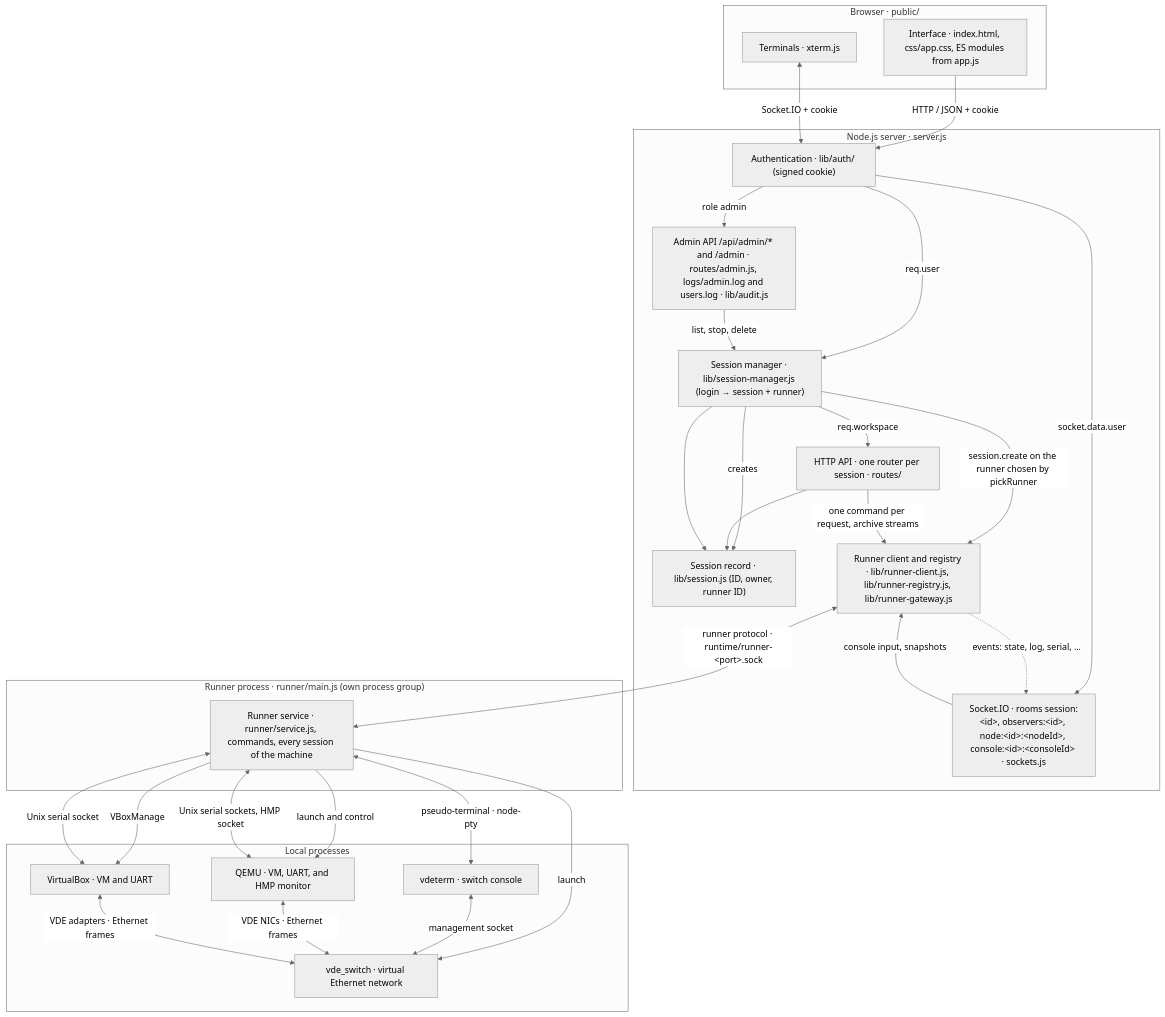
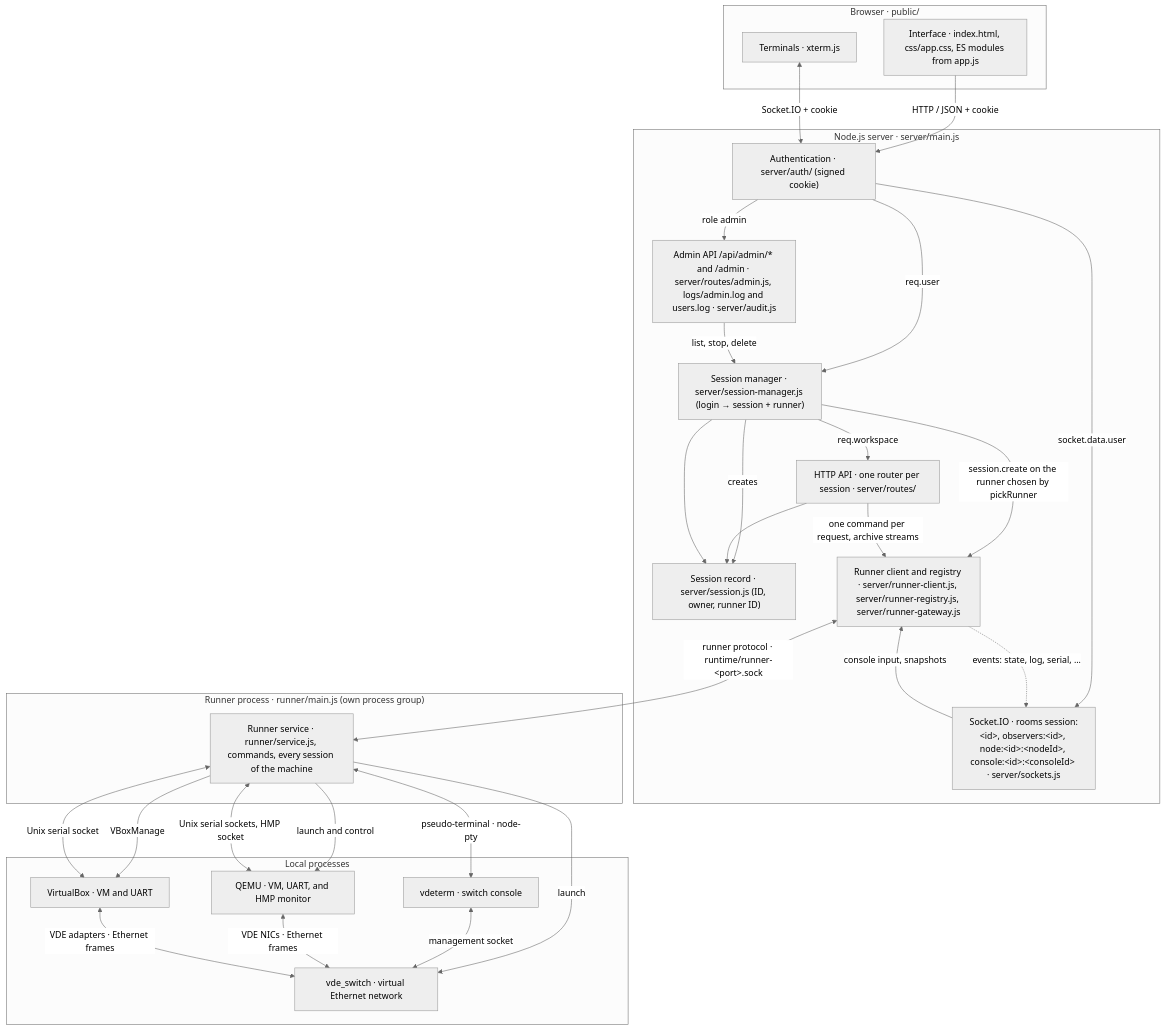
Before and after one commit to orel33/qemuweb: the diagram in docs/architecture.md, drawn with Mermaid (neutral theme). The commit also changed other lines of this file and 3 other files, not shown here.

Commit message:
docs: README, architecture and deployment use server/ (node server/main.js, systemd ExecStart)

````diff
--- a/docs/architecture.md
+++ b/docs/architecture.md
@@ -19,53 +19,53 @@
 ```mermaid
 flowchart TB
   subgraph Browser["Browser · public/"]
     UI["Interface · index.html, css/app.css, ES modules from app.js"]
     Terminal["Terminals · xterm.js"]
   end
 
-  subgraph Server["Node.js server · server.js"]
-    Auth["Authentication · lib/auth/ (signed cookie)"]
-    Manager["Session manager · lib/session-manager.js (login → session + runner)"]
-    Routes["HTTP API · one router per session · routes/"]
-    Sockets["Socket.IO · rooms session:&lt;id&gt;, observers:&lt;id&gt;, node:&lt;id&gt;:&lt;nodeId&gt;, console:&lt;id&gt;:&lt;consoleId&gt; · sockets.js"]
-    Admin["Admin API /api/admin/* and /admin · routes/admin.js, logs/admin.log and users.log · lib/audit.js"]
-    Session["Session record · lib/session.js (ID, owner, runner ID)"]
-    Client["Runner client and registry · lib/runner-client.js, lib/runner-registry.js, lib/runner-gateway.js"]
+  subgraph Server["Node.js server · server/main.js"]
+    Auth["Authentication · server/auth/ (signed cookie)"]
+    Manager["Session manager · server/session-manager.js (login → session + runner)"]
+    Routes["HTTP API · one router per session · server/routes/"]
+    Sockets["Socket.IO · rooms session:&lt;id&gt;, observers:&lt;id&gt;, node:&lt;id&gt;:&lt;nodeId&gt;, console:&lt;id&gt;:&lt;consoleId&gt; · server/sockets.js"]
+    Admin["Admin API /api/admin/* and /admin · server/routes/admin.js, logs/admin.log and users.log · server/audit.js"]
+    Session["Session record · server/session.js (ID, owner, runner ID)"]
+    Client["Runner client and registry · server/runner-client.js, server/runner-registry.js, server/runner-gateway.js"]
   end
 
   subgraph RunnerProcess["Runner process · runner/main.js (own process group)"]
     Runner["Runner service · runner/service.js, commands, every session of the machine"]
   end
 
   subgraph Local["Local processes"]
     QEMU["QEMU · VM, UART, and HMP monitor"]
     VBox["VirtualBox · VM and UART"]
     VDE["vde_switch · virtual Ethernet network"]
     VDeterm["vdeterm · switch console"]
   end
 
   UI -->|"HTTP / JSON + cookie"| Auth
   Terminal <-->|"Socket.IO + cookie"| Auth
   Auth -->|"req.user"| Manager
   Auth -->|"role admin"| Admin
   Admin -->|"list, stop, delete"| Manager
   Auth -->|"socket.data.user"| Sockets
   Manager -->|"req.workspace"| Routes
   Manager -->|"creates"| Session
   Manager -->|"session.create on the runner chosen by pickRunner"| Client
   Client <-->|"runner protocol · runtime/runner-&lt;port&gt;.sock"| Runner
   Routes --> Session
   Routes -->|"one command per request, archive streams"| Client
   Sockets -->|"console input, snapshots"| Client
   Client -.->|"events: state, log, serial, ..."| Sockets
   Manager --> Session
   Runner -->|"launch and control"| QEMU
   Runner -->|"VBoxManage"| VBox
   Runner -->|"launch"| VDE
   Runner <-->|"Unix serial sockets, HMP socket"| QEMU
   Runner <-->|"Unix serial socket"| VBox
   Runner <-->|"pseudo-terminal · node-pty"| VDeterm
   VDeterm <-->|"management socket"| VDE
   QEMU <-->|"VDE NICs · Ethernet frames"| VDE
   VBox <-->|"VDE adapters · Ethernet frames"| VDE
 ```
````
